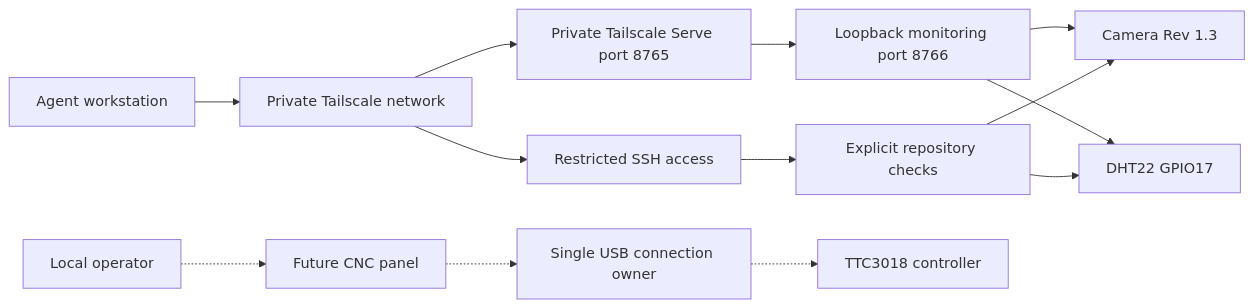
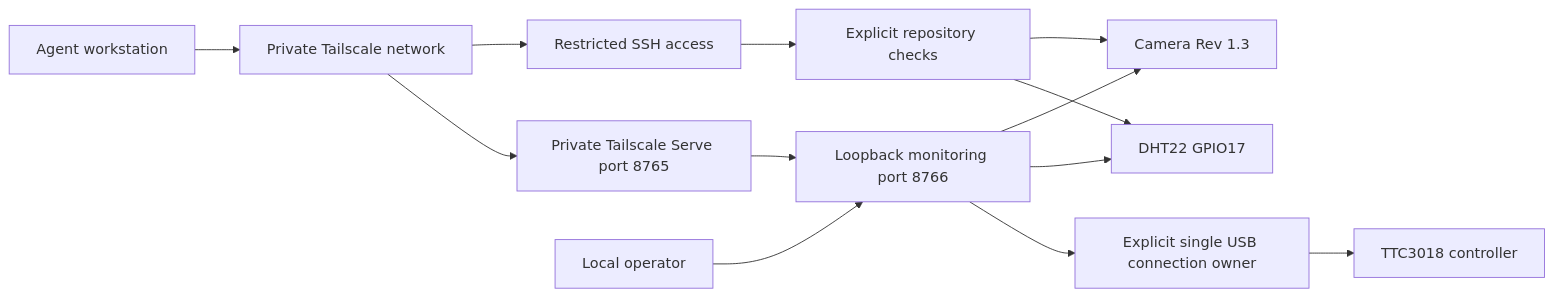
The diagram in docs/architecture/system.md (Trafficode/ttc3018-bot), drawn with Mermaid before and after one commit. The commit also changed other lines of this file and 8 other files, not shown here.

Commit message:
Integrate explicit manual CNC controls and live positions

````diff
--- a/docs/architecture/system.md
+++ b/docs/architecture/system.md
@@ -6,15 +6,15 @@
 ```mermaid
 flowchart LR
     Agent[Agent workstation] --> TS[Private Tailscale network]
     TS --> SSH[Restricted SSH access]
     TS --> Serve[Private Tailscale Serve port 8765]
     Serve --> Monitor[Loopback monitoring port 8766]
     Monitor --> Camera
     Monitor --> DHT
     SSH --> Scripts[Explicit repository checks]
     Scripts --> Camera[Camera Rev 1.3]
     Scripts --> DHT[DHT22 GPIO17]
-    Operator[Local operator] -.-> Panel[Future CNC panel]
-    Panel -.-> USB[Single USB connection owner]
-    USB -.-> CNC[TTC3018 controller]
+    Operator[Local operator] --> Monitor
+    Monitor --> USB[Explicit single USB connection owner]
+    USB --> CNC[TTC3018 controller]
 ```
````
